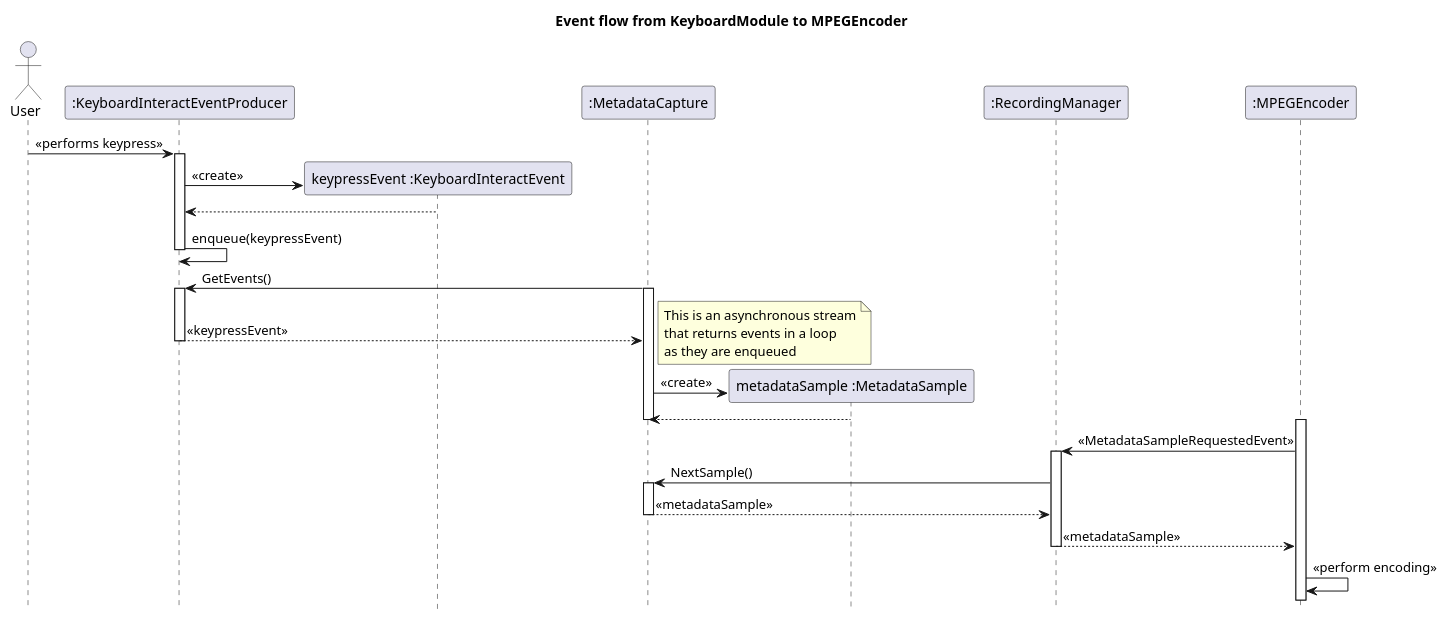
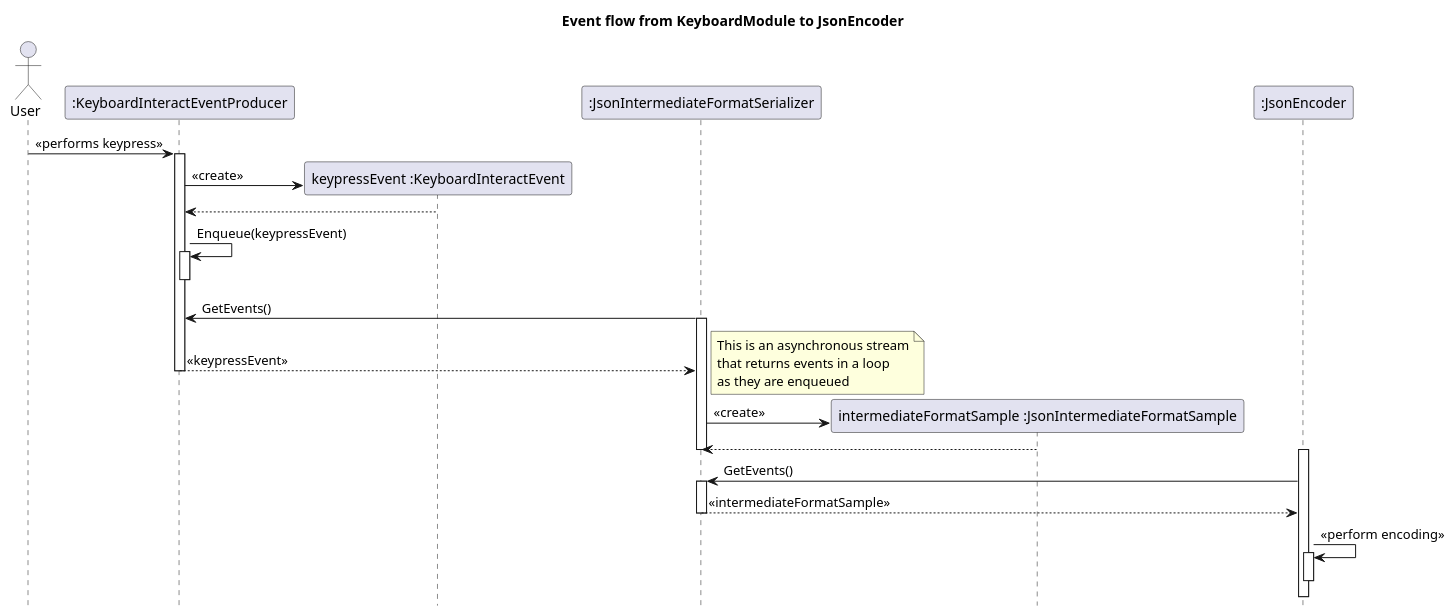
One commit to insightmind/MORR changed the diagram in documents/sd/plantuml/dynamic/Core/EventFlow.puml. Above: the diagram before and after it, drawn with PlantUML. The commit also changed 4 other files, not shown here.

Commit message:
Update dynamic diagrams for Core

```diff
--- a/documents/sd/plantuml/dynamic/Core/EventFlow.puml
+++ b/documents/sd/plantuml/dynamic/Core/EventFlow.puml
@@ -1,46 +1,43 @@
 @startuml
 'skinparam monochrome true
 hide footbox
-title Event flow from KeyboardModule to MPEGEncoder
+title Event flow from KeyboardModule to JsonEncoder
 actor User
 
 participant ":KeyboardInteractEventProducer" as KeyboardEventProducer
 User -> KeyboardEventProducer : <<performs keypress>>
 activate KeyboardEventProducer
 create "keypressEvent :KeyboardInteractEvent" as KeyboardEvent
 KeyboardEventProducer -> KeyboardEvent : <<create>>
 KeyboardEventProducer <-- KeyboardEvent
-KeyboardEventProducer -> KeyboardEventProducer : enqueue(keypressEvent)
+KeyboardEventProducer -> KeyboardEventProducer : Enqueue(keypressEvent)
+activate KeyboardEventProducer
 deactivate KeyboardEventProducer
 
-participant ":MetadataCapture" as MetadataCapture
-MetadataCapture -> KeyboardEventProducer : GetEvents()
-activate MetadataCapture
-activate KeyboardEventProducer
-MetadataCapture <-- KeyboardEventProducer : <<keypressEvent>>
+participant ":JsonIntermediateFormatSerializer" as JsonIntermediateFormatSerializer
+JsonIntermediateFormatSerializer -> KeyboardEventProducer : GetEvents()
+activate JsonIntermediateFormatSerializer
+JsonIntermediateFormatSerializer <-- KeyboardEventProducer : <<keypressEvent>>
 note right
 This is an asynchronous stream
 that returns events in a loop
 as they are enqueued
 end note
 deactivate KeyboardEventProducer
 
-create "metadataSample :MetadataSample" as MetadataSample
-MetadataCapture -> MetadataSample : <<create>>
-MetadataCapture <-- MetadataSample
-deactivate MetadataCapture
+create "intermediateFormatSample :JsonIntermediateFormatSample" as JsonIntermediateFormatSample
+JsonIntermediateFormatSerializer -> JsonIntermediateFormatSample : <<create>>
+JsonIntermediateFormatSerializer <-- JsonIntermediateFormatSample
+deactivate JsonIntermediateFormatSerializer
 
-participant ":RecordingManager" as RecordingManager
-participant ":MPEGEncoder" as MPEGEncoder
-activate MPEGEncoder
-MPEGEncoder -> RecordingManager : <<MetadataSampleRequestedEvent>>
-activate RecordingManager
-RecordingManager -> MetadataCapture : NextSample()
-activate MetadataCapture
-RecordingManager <-- MetadataCapture : <<metadataSample>>
-deactivate MetadataCapture
-MPEGEncoder <-- RecordingManager : <<metadataSample>>
-deactivate RecordingManager
-MPEGEncoder -> MPEGEncoder : <<perform encoding>>
+participant ":JsonEncoder" as JsonEncoder
+activate JsonEncoder
+JsonEncoder -> JsonIntermediateFormatSerializer : GetEvents()
+activate JsonIntermediateFormatSerializer
+JsonEncoder <-- JsonIntermediateFormatSerializer : <<intermediateFormatSample>>
+deactivate JsonIntermediateFormatSerializer
+JsonEncoder -> JsonEncoder : <<perform encoding>>
+activate JsonEncoder
+deactivate JsonEncoder
 
 @enduml
```
